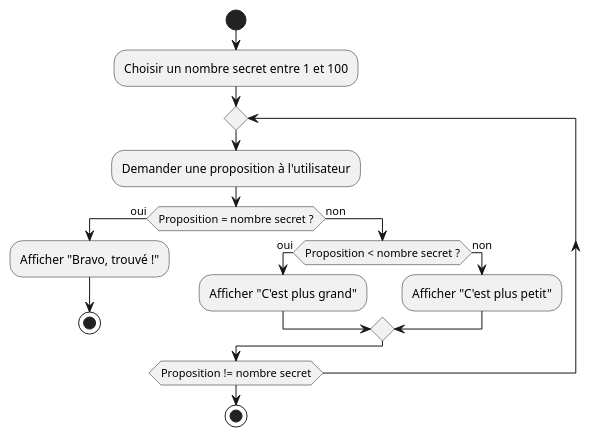
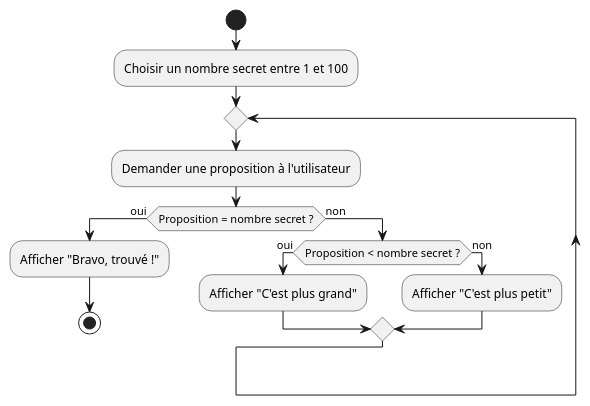
Before and after one commit to HEIG-VD-Prog-Course/HEIG-VD-ProgIM-Course: the diagram in 01.02-introduction-a-la-programmation-et-aux-algorithmes/01-supports-de-cours/images/guess-number.plantuml, drawn with PlantUML. The commit also changed 1 other file, not shown here.

Commit message:
Fix loop condition in guess number diagram and update corresponding image

```diff
--- a/01.02-introduction-a-la-programmation-et-aux-algorithmes/01-supports-de-cours/images/guess-number.plantuml
+++ b/01.02-introduction-a-la-programmation-et-aux-algorithmes/01-supports-de-cours/images/guess-number.plantuml
@@ -1,18 +1,17 @@
 @startuml
 start
 :Choisir un nombre secret entre 1 et 100;
 repeat
   :Demander une proposition à l'utilisateur;
   if (Proposition = nombre secret ?) then (oui)
     :Afficher "Bravo, trouvé !";
     stop
   else (non)
     if (Proposition < nombre secret ?) then (oui)
       :Afficher "C'est plus grand";
     else (non)
       :Afficher "C'est plus petit";
     endif
   endif
-repeat while (Proposition != nombre secret)
-stop
+repeat while
 @enduml
```
